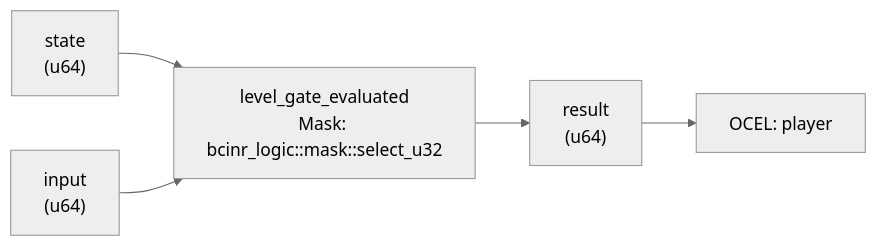
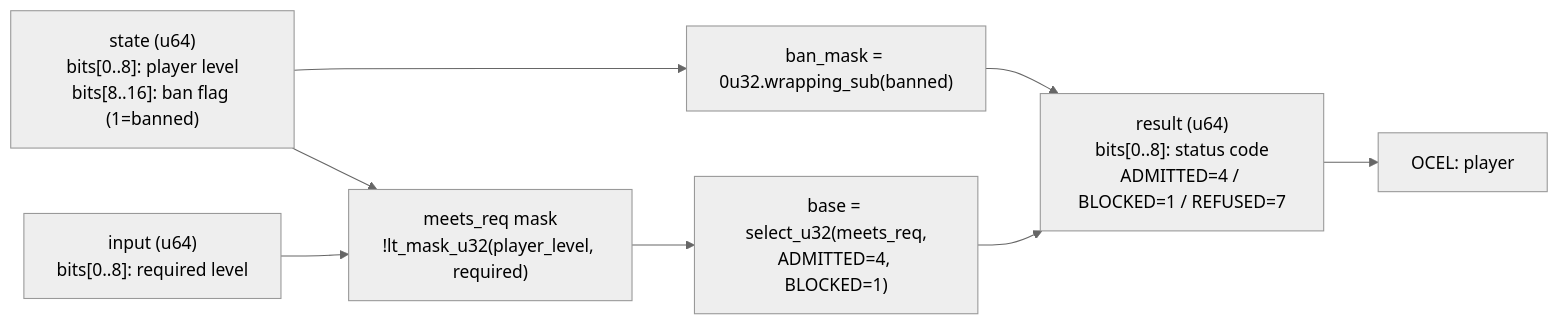
One commit to seanchatmangpt/bcinr changed the diagram in crates/wasm4games/docs/patterns/level_gate_evaluated.md. Above: the diagram before and after it, drawn with Mermaid (neutral theme). The commit also changed other lines of this file and 20 other files, not shown here.

````diff
--- a/crates/wasm4games/docs/patterns/level_gate_evaluated.md
+++ b/crates/wasm4games/docs/patterns/level_gate_evaluated.md
@@ -56,12 +36,17 @@
 ```mermaid
 graph LR
-    state["state\n(u64)"]
-    input["input\n(u64)"]
-    kernel["level_gate_evaluated\nMask: bcinr_logic::mask::select_u32"]
-    result["result\n(u64)"]
-    state --> kernel
-    input --> kernel
-    kernel --> result
+    state["state (u64)\nbits[0..8]: player level\nbits[8..16]: ban flag (1=banned)"]
+    input["input (u64)\nbits[0..8]: required level"]
+    meets["meets_req mask\n!lt_mask_u32(player_level, required)"]
+    base["base = select_u32(meets_req,\nADMITTED=4, BLOCKED=1)"]
+    ban["ban_mask = 0u32.wrapping_sub(banned)"]
+    result["result (u64)\nbits[0..8]: status code\nADMITTED=4 / BLOCKED=1 / REFUSED=7"]
+    state --> meets
+    input --> meets
+    meets --> base
+    state --> ban
+    ban --> result
+    base --> result
     ocel_0["OCEL: player"]
     result --> ocel_0
 ```
````
